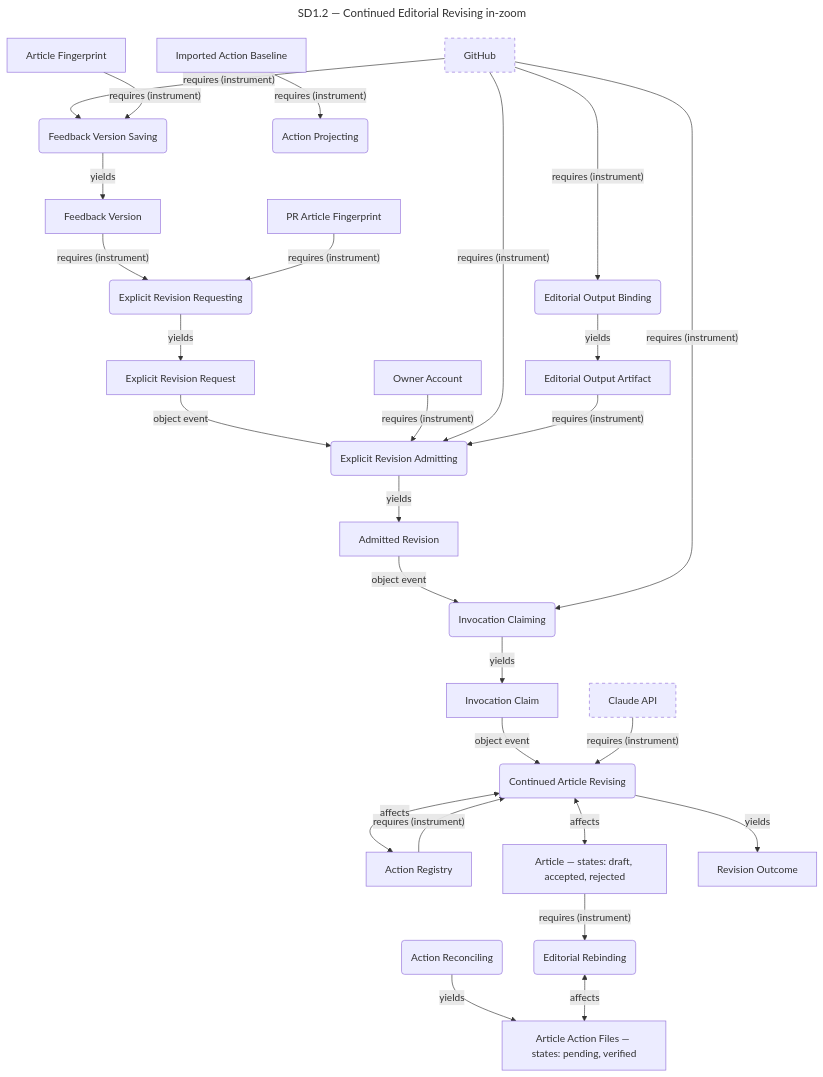
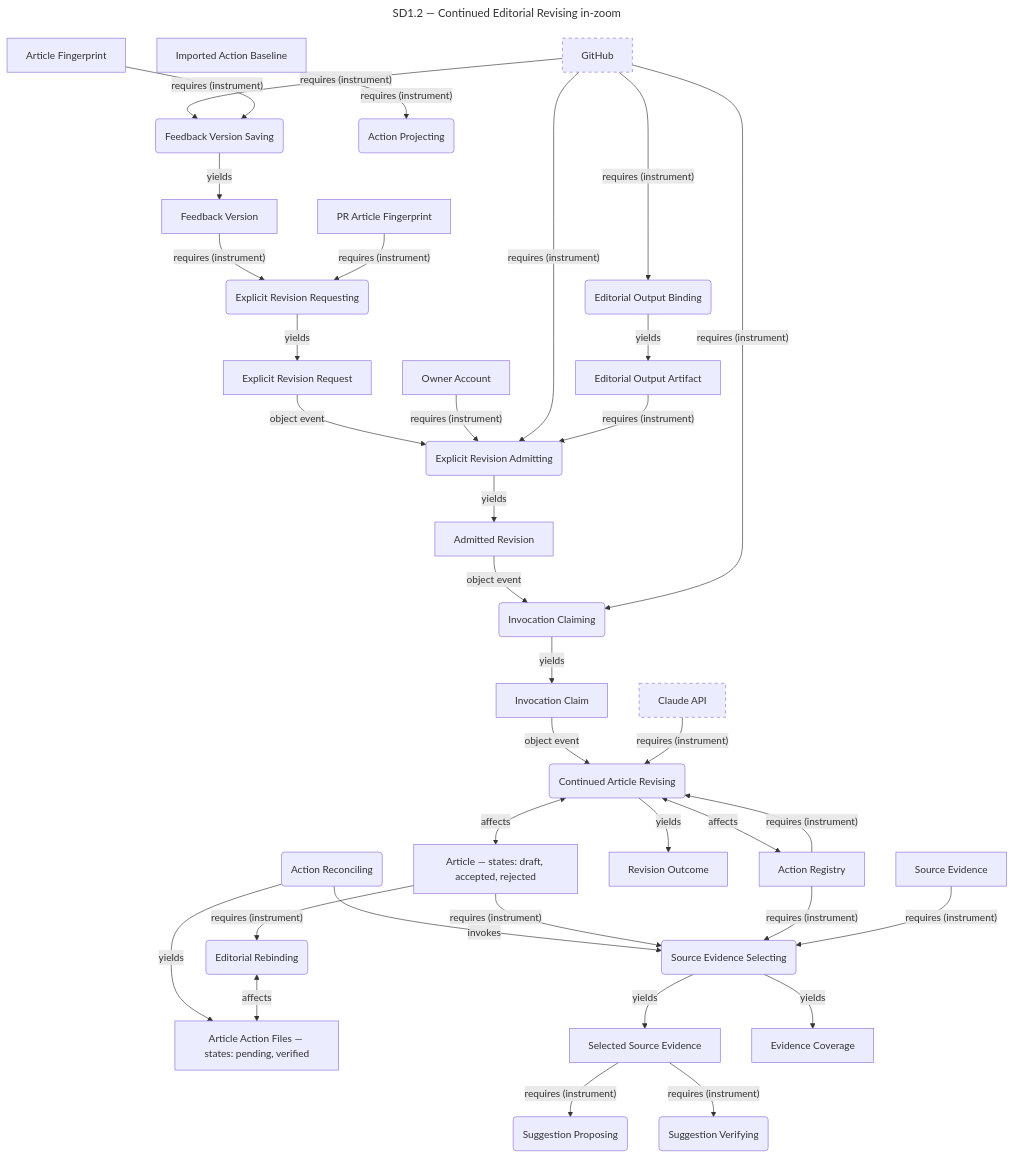
One commit to ojfbot/daily-logger changed the third of 3 diagrams in opm/system.md. Above: the diagram before and after it, drawn with Mermaid. The commit also changed other lines of this file and 10 other files, not shown here.

````diff
--- a/opm/system.md
+++ b/opm/system.md
@@ -432,60 +432,74 @@
 ```mermaid
 ---
 title: "SD1.2 — Continued Editorial Revising in-zoom"
 ---
 flowchart TD
   accTitle: SD1.2 — Continued Editorial Revising in-zoom
   accDescr: Lossy system model projection. Complete source facts follow this diagram.
   n4["GitHub"]
   style n4 stroke-dasharray: 5 5
   n71("Feedback Version Saving")
   n36["Article Fingerprint"]
   n72["Feedback Version"]
   n73("Explicit Revision Requesting")
   n74["PR Article Fingerprint"]
   n75["Explicit Revision Request"]
   n76("Explicit Revision Admitting")
   n77["Owner Account"]
   n78["Admitted Revision"]
   n79("Invocation Claiming")
   n80["Invocation Claim"]
   n81("Continued Article Revising")
   n28["Claude API"]
   style n28 stroke-dasharray: 5 5
   n22["Action Registry"]
   n0["Article — states: draft, accepted, rejected"]
   n82["Revision Outcome"]
   n83["Article Action Files — states: pending, verified"]
   n23("Action Reconciling")
   n84["Imported Action Baseline"]
   n21("Action Projecting")
   n85("Editorial Output Binding")
   n86["Editorial Output Artifact"]
   n87("Editorial Rebinding")
+  n88("Source Evidence Selecting")
+  n25["Source Evidence"]
+  n89["Selected Source Evidence"]
+  n90["Evidence Coverage"]
+  n26("Suggestion Proposing")
+  n27("Suggestion Verifying")
   n4 -->|"requires (instrument)"| n71
   n36 -->|"requires (instrument)"| n71
   n71 -->|"yields"| n72
   n72 -->|"requires (instrument)"| n73
   n74 -->|"requires (instrument)"| n73
   n73 -->|"yields"| n75
   n75 -->|"object event"| n76
   n77 -->|"requires (instrument)"| n76
   n4 -->|"requires (instrument)"| n76
   n76 -->|"yields"| n78
   n78 -->|"object event"| n79
   n4 -->|"requires (instrument)"| n79
   n79 -->|"yields"| n80
   n80 -->|"object event"| n81
   n28 -->|"requires (instrument)"| n81
   n22 -->|"requires (instrument)"| n81
   n81 <-->|"affects"| n0
   n81 <-->|"affects"| n22
   n81 -->|"yields"| n82
   n23 -->|"yields"| n83
   n84 -->|"requires (instrument)"| n21
   n4 -->|"requires (instrument)"| n85
   n85 -->|"yields"| n86
   n86 -->|"requires (instrument)"| n76
   n0 -->|"requires (instrument)"| n87
   n87 <-->|"affects"| n83
+  n23 -->|"invokes"| n88
+  n0 -->|"requires (instrument)"| n88
+  n22 -->|"requires (instrument)"| n88
+  n25 -->|"requires (instrument)"| n88
+  n88 -->|"yields"| n89
+  n88 -->|"yields"| n90
+  n89 -->|"requires (instrument)"| n26
+  n89 -->|"requires (instrument)"| n27
 ```
````
